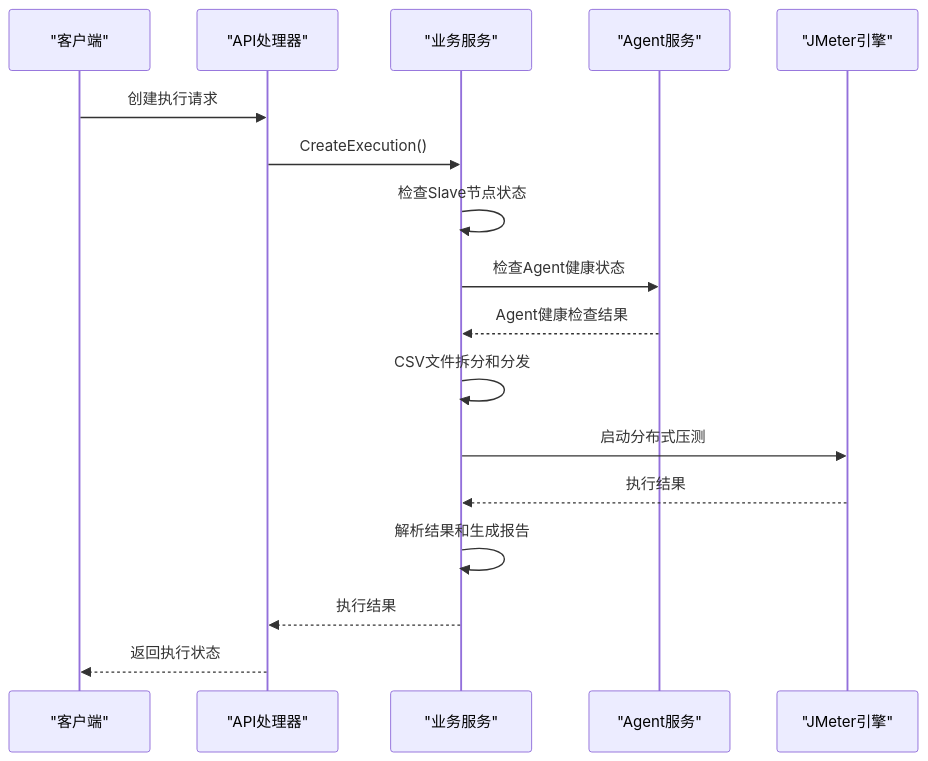
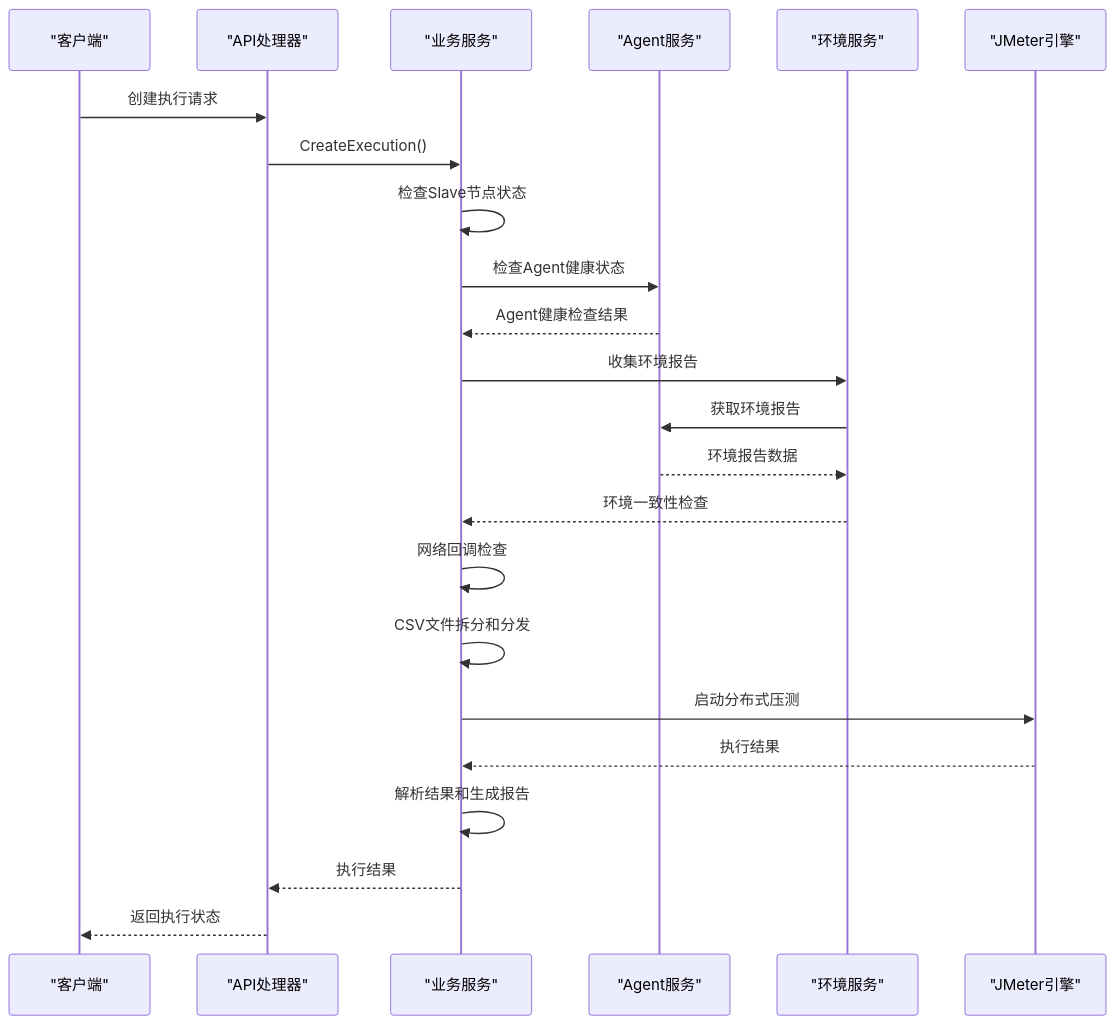
Before and after one commit to Liyuhao02/Jmeter-Admin: the fifth of 13 diagrams in .qoder/repowiki/zh/content/核心业务模块/JMeter Agent系统.md, drawn with Mermaid. The commit also changed other lines of this file and 7 other files, not shown here.

````diff
--- a/.qoder/repowiki/zh/content/核心业务模块/JMeter Agent系统.md
+++ b/.qoder/repowiki/zh/content/核心业务模块/JMeter Agent系统.md
@@ -238,19 +264,25 @@
 ```mermaid
 sequenceDiagram
 participant Client as "客户端"
 participant API as "API处理器"
 participant Service as "业务服务"
 participant Agent as "Agent服务"
+participant EnvService as "环境服务"
 participant JMeter as "JMeter引擎"
 Client->>API : 创建执行请求
 API->>Service : CreateExecution()
 Service->>Service : 检查Slave节点状态
 Service->>Agent : 检查Agent健康状态
 Agent-->>Service : Agent健康检查结果
+Service->>EnvService : 收集环境报告
+EnvService->>Agent : 获取环境报告
+Agent-->>EnvService : 环境报告数据
+EnvService-->>Service : 环境一致性检查
+Service->>Service : 网络回调检查
 Service->>Service : CSV文件拆分和分发
 Service->>JMeter : 启动分布式压测
 JMeter-->>Service : 执行结果
 Service->>Service : 解析结果和生成报告
 Service-->>API : 执行结果
 API-->>Client : 返回执行状态
 ```
````
